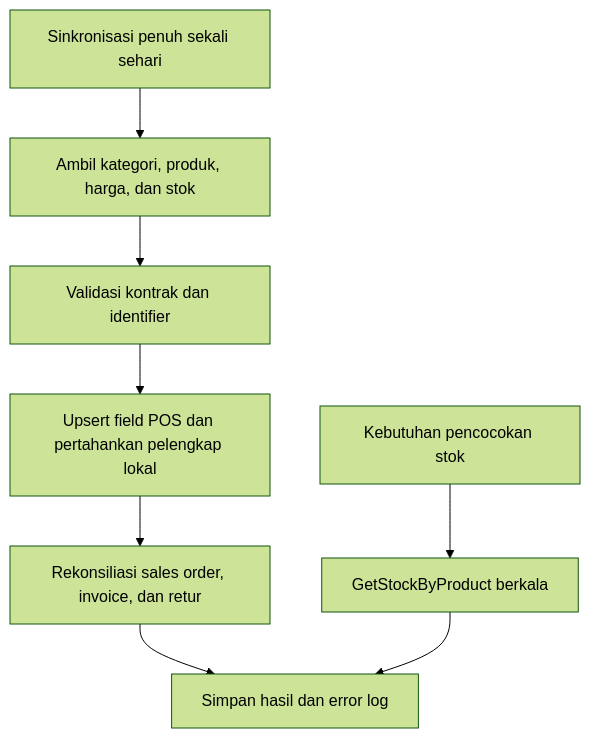
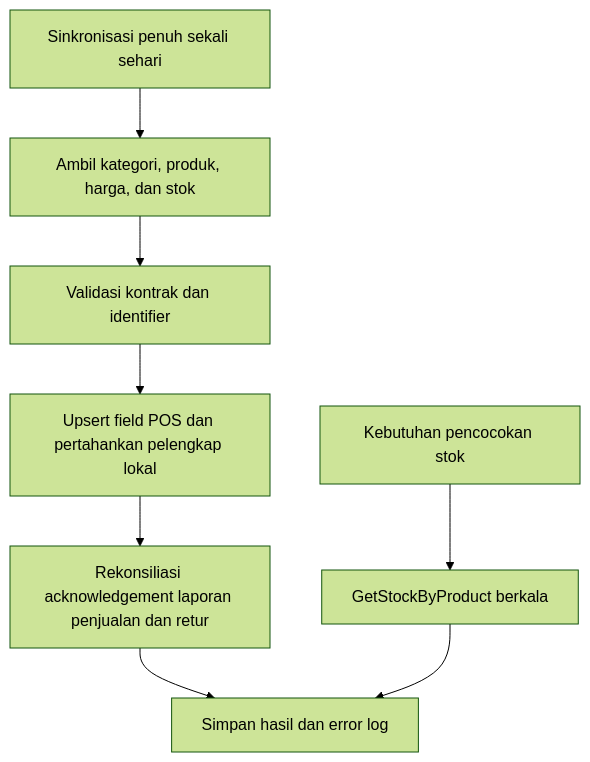
One commit to Webekspres/pixel-komunika changed the fourth of 4 diagrams in docs/requirements/BRD.md. Above: the diagram before and after it, drawn with Mermaid (forest theme). The commit also changed other lines of this file and 7 other files, not shown here.

Commit message:
docs: align web-owned sales and fulfillment flow

````diff
--- a/docs/requirements/BRD.md
+++ b/docs/requirements/BRD.md
@@ -328,10 +340,10 @@
 ```mermaid
 flowchart TD
     A[Sinkronisasi penuh sekali sehari] --> B[Ambil kategori, produk, harga, dan stok]
     B --> C[Validasi kontrak dan identifier]
     C --> D[Upsert field POS dan pertahankan pelengkap lokal]
-    D --> E[Rekonsiliasi sales order, invoice, dan retur]
+    D --> E[Rekonsiliasi acknowledgement laporan penjualan dan retur]
     E --> F[Simpan hasil dan error log]
     G[Kebutuhan pencocokan stok] --> H[GetStockByProduct berkala]
     H --> F
 ```
````
